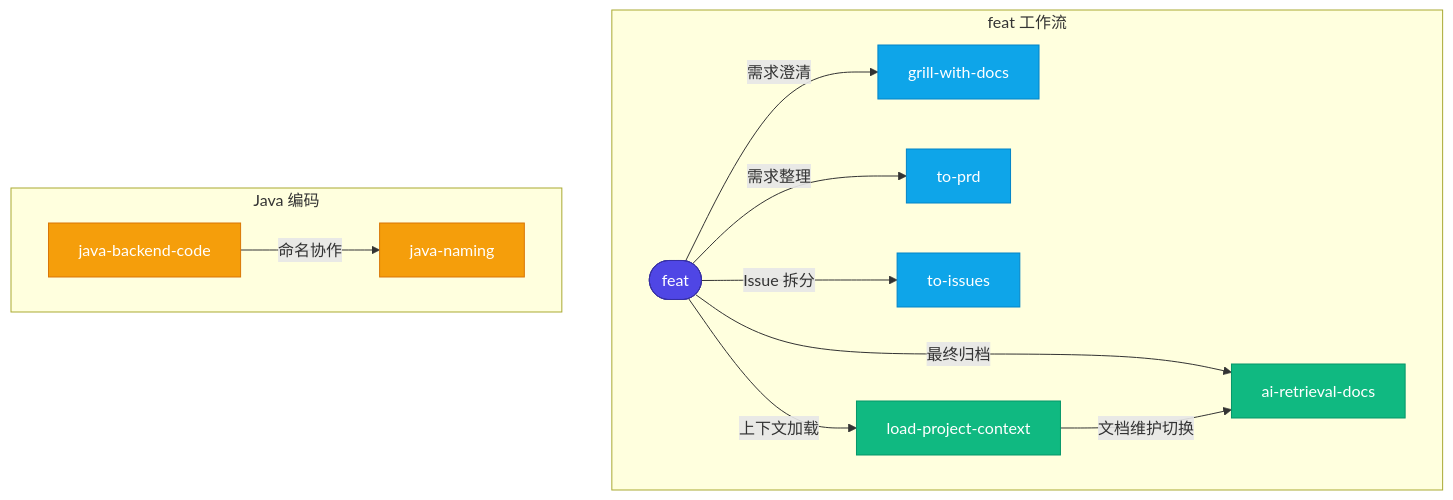
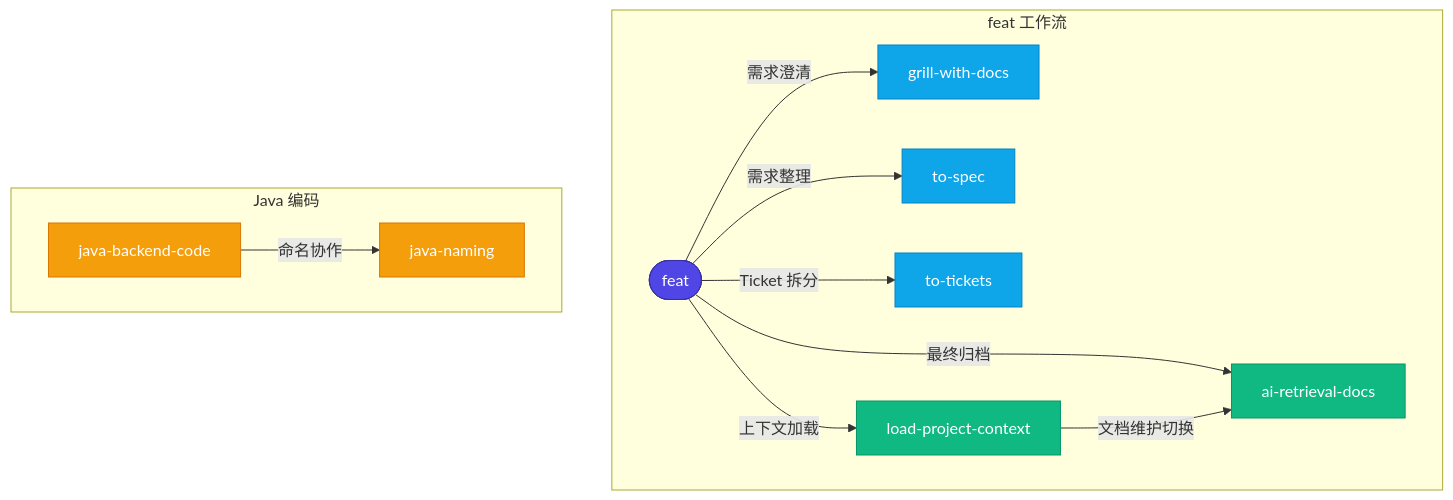
Before and after one commit to mofan212/codex-profile: the first of 3 diagrams in README.md, drawn with Mermaid. The commit also changed other lines of this file and 8 other files, not shown here.

````diff
--- a/README.md
+++ b/README.md
@@ -49,33 +49,33 @@
 ```mermaid
 flowchart TD
     subgraph feat_workflow ["feat 工作流"]
         feat(["feat"])
         grillWithDocs["grill-with-docs"]
-        toPrd["to-prd"]
-        toIssues["to-issues"]
+        toSpec["to-spec"]
+        toTickets["to-tickets"]
         loadProjectContext["load-project-context"]
         aiRetrievalDocs["ai-retrieval-docs"]
     end
 
     subgraph java_coding ["Java 编码"]
         javaBackendCode["java-backend-code"]
         javaNaming["java-naming"]
     end
 
     feat -->|需求澄清| grillWithDocs
-    feat -->|需求整理| toPrd
-    feat -->|Issue 拆分| toIssues
+    feat -->|需求整理| toSpec
+    feat -->|Ticket 拆分| toTickets
     feat -->|上下文加载| loadProjectContext
     feat -->|最终归档| aiRetrievalDocs
     loadProjectContext -->|文档维护切换| aiRetrievalDocs
     javaBackendCode -->|命名协作| javaNaming
 
     style feat fill:#4f46e5,color:#fff,stroke:#3730a3
     style grillWithDocs fill:#0ea5e9,color:#fff,stroke:#0284c7
-    style toPrd fill:#0ea5e9,color:#fff,stroke:#0284c7
-    style toIssues fill:#0ea5e9,color:#fff,stroke:#0284c7
+    style toSpec fill:#0ea5e9,color:#fff,stroke:#0284c7
+    style toTickets fill:#0ea5e9,color:#fff,stroke:#0284c7
     style loadProjectContext fill:#10b981,color:#fff,stroke:#059669
     style aiRetrievalDocs fill:#10b981,color:#fff,stroke:#059669
     style javaBackendCode fill:#f59e0b,color:#fff,stroke:#d97706
     style javaNaming fill:#f59e0b,color:#fff,stroke:#d97706
 ```
````
